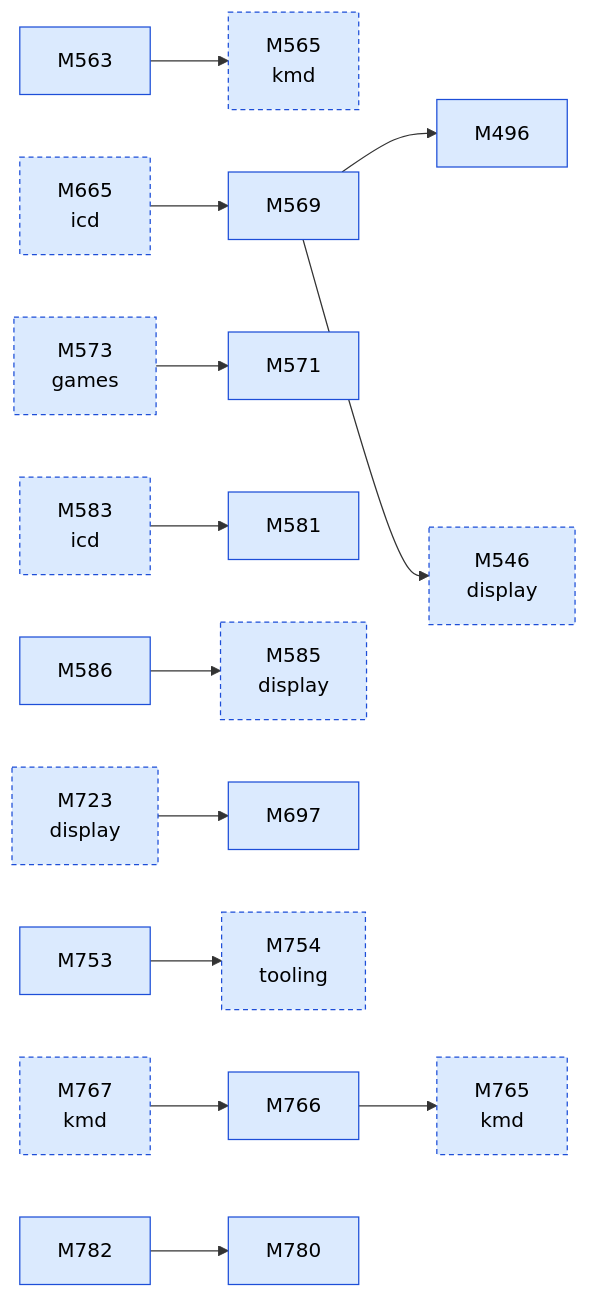
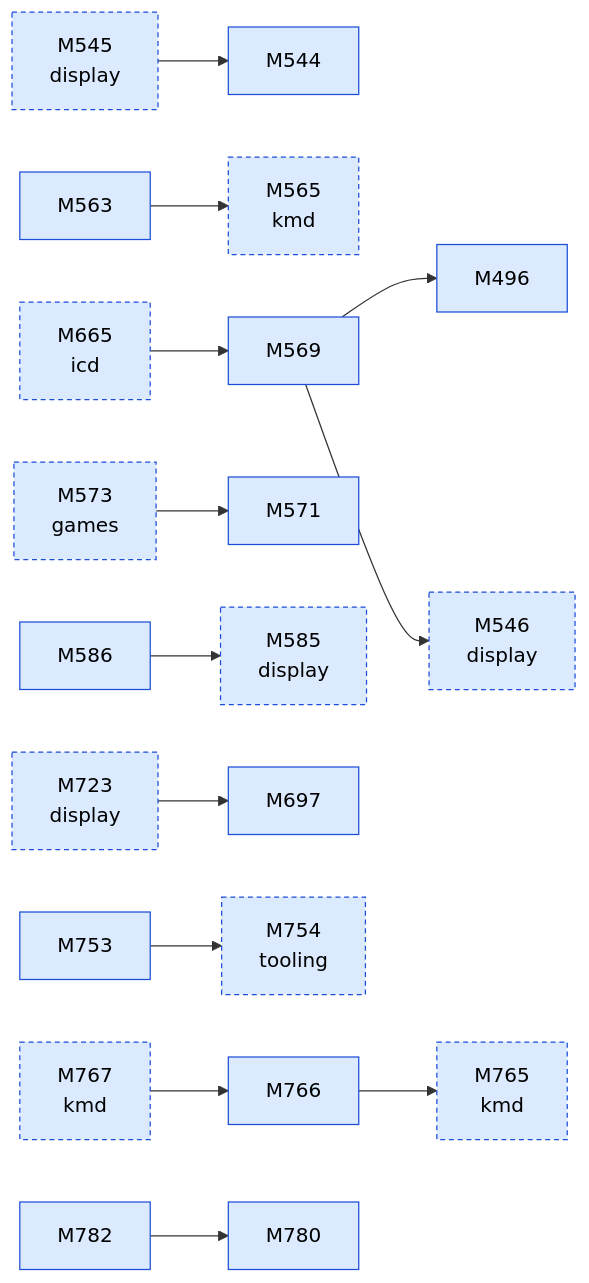
Before and after one commit to D-Ogi/amdgpu-wddm: the second of 2 diagrams in docs/facts/graphs/d3d.md, drawn with Mermaid. The commit also changed other lines of this file and 25 other files, not shown here.

````diff
--- a/docs/facts/graphs/d3d.md
+++ b/docs/facts/graphs/d3d.md
@@ -15,42 +28,42 @@
 ```mermaid
 flowchart LR
   M496["M496"]:::MEASURED
+  M544["M544"]:::MEASURED
+  M545["M545<br/>display"]:::MEASURED
   M546["M546<br/>display"]:::MEASURED
   M563["M563"]:::MEASURED
   M565["M565<br/>kmd"]:::MEASURED
   M569["M569"]:::MEASURED
   M571["M571"]:::MEASURED
   M573["M573<br/>games"]:::MEASURED
-  M581["M581"]:::MEASURED
-  M583["M583<br/>icd"]:::MEASURED
   M585["M585<br/>display"]:::MEASURED
   M586["M586"]:::MEASURED
   M665["M665<br/>icd"]:::MEASURED
   M697["M697"]:::MEASURED
   M723["M723<br/>display"]:::MEASURED
   M753["M753"]:::MEASURED
   M754["M754<br/>tooling"]:::MEASURED
   M765["M765<br/>kmd"]:::MEASURED
   M766["M766"]:::MEASURED
   M767["M767<br/>kmd"]:::MEASURED
   M780["M780"]:::MEASURED
   M782["M782"]:::MEASURED
   M767 --> M766
+  M545 --> M544
   M723 --> M697
-  M583 --> M581
   M665 --> M569
   M563 --> M565
   M569 --> M496
   M569 --> M546
   M586 --> M585
   M753 --> M754
   M766 --> M765
   M782 --> M780
   M573 --> M571
   classDef HYPOTHESIS fill:#fff3c4,stroke:#9a7b00,color:#000
   classDef MEASURED fill:#dbeafe,stroke:#1d4ed8,color:#000
   classDef CONFIRMED fill:#d1fae5,stroke:#047857,color:#000
   classDef REFUTED fill:#fee2e2,stroke:#b91c1c,color:#000
   classDef other stroke-dasharray:4 3
-  class M546,M565,M573,M583,M585,M665,M723,M754,M765,M767 other
+  class M545,M546,M565,M573,M585,M665,M723,M754,M765,M767 other
 ```
````
